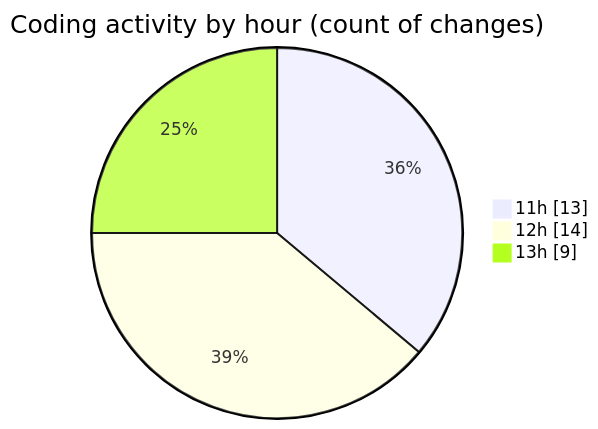
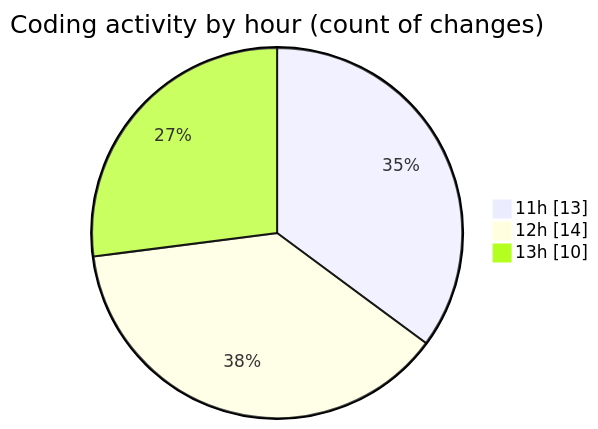
The second of 2 diagrams in 2025-12-29/nxtqube_webapp/README.md (nxtqubesakshisongat/code-tracking), drawn with Mermaid before and after one commit. The commit also changed other lines of this file and 1 other file, not shown here.

````diff
--- a/2025-12-29/nxtqube_webapp/README.md
+++ b/2025-12-29/nxtqube_webapp/README.md
@@ -29,7 +29,7 @@
 ```mermaid
 pie showData
 title Coding activity by hour (count of changes)
 "11h" : 13
 "12h" : 14
-"13h" : 9
+"13h" : 10
 ```
````
